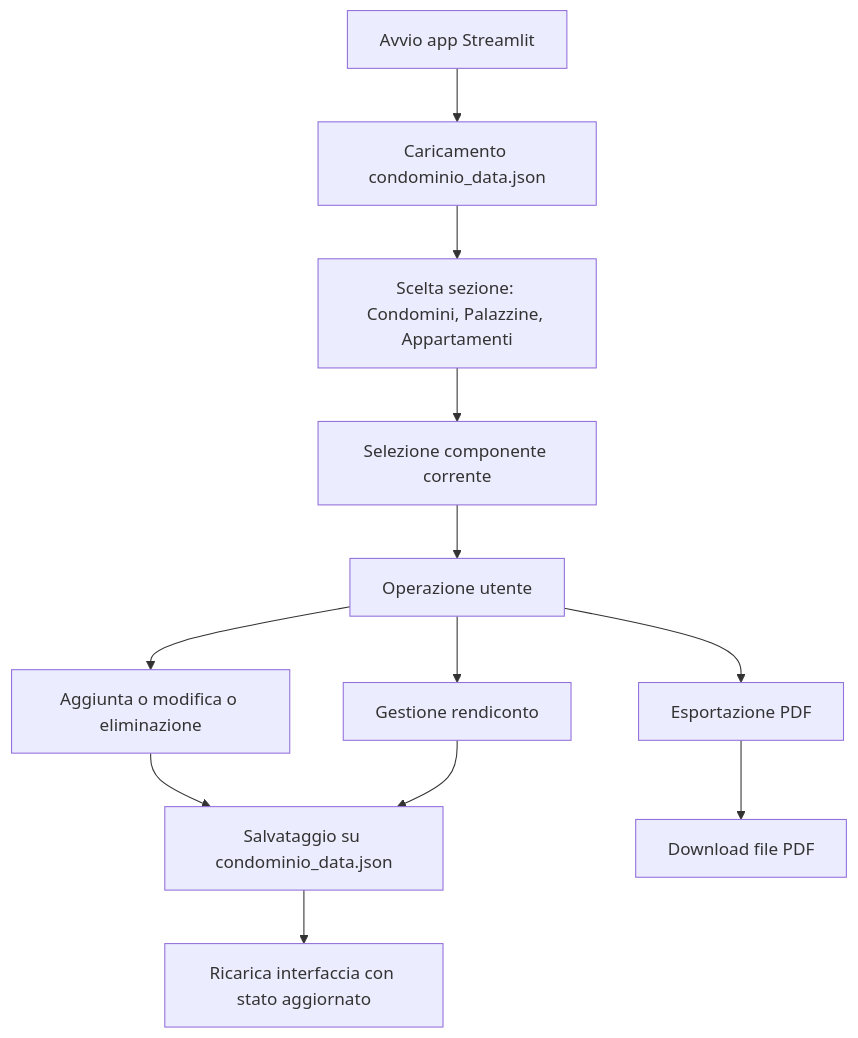
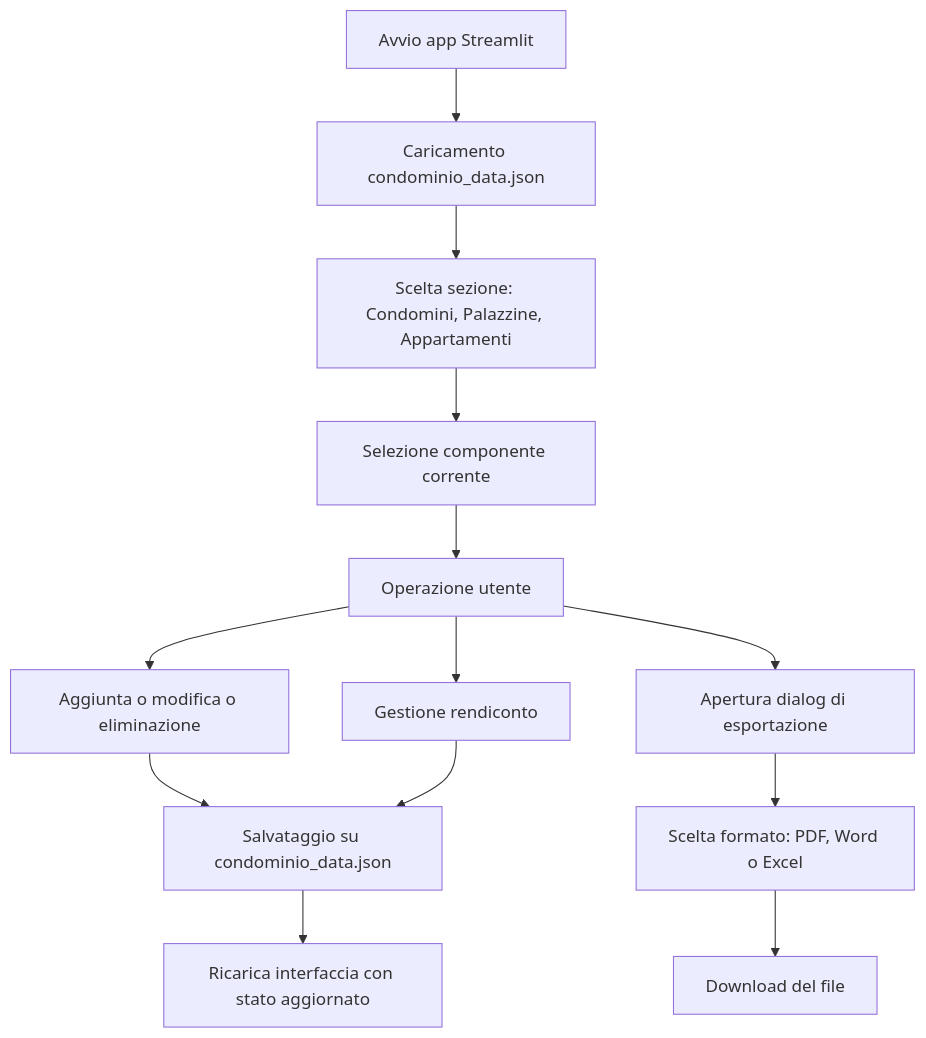
Before and after one commit to matteogiorgi/amele: the second of 3 diagrams in README.md, drawn with Mermaid. The commit also changed other lines of this file and 2 other files, not shown here.

Commit message:
Enhance export functionality to PDF, Word, Excel

````diff
--- a/README.md
+++ b/README.md
@@ -160,14 +160,15 @@
 ```mermaid
 flowchart TD
     A[Avvio app Streamlit] --> B[Caricamento condominio_data.json]
     B --> C[Scelta sezione: Condomini, Palazzine, Appartamenti]
     C --> D[Selezione componente corrente]
     D --> E[Operazione utente]
     E --> F[Aggiunta o modifica o eliminazione]
     E --> G[Gestione rendiconto]
-    E --> H[Esportazione PDF]
+    E --> H[Apertura dialog di esportazione]
     F --> I[Salvataggio su condominio_data.json]
     G --> I
-    H --> L[Download file PDF]
+    H --> L[Scelta formato: PDF, Word o Excel]
+    L --> N[Download del file]
     I --> M[Ricarica interfaccia con stato aggiornato]
 ```
````
